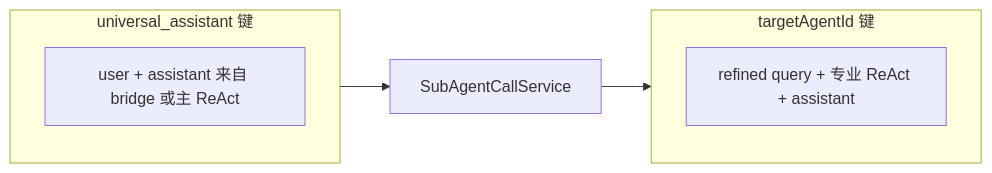
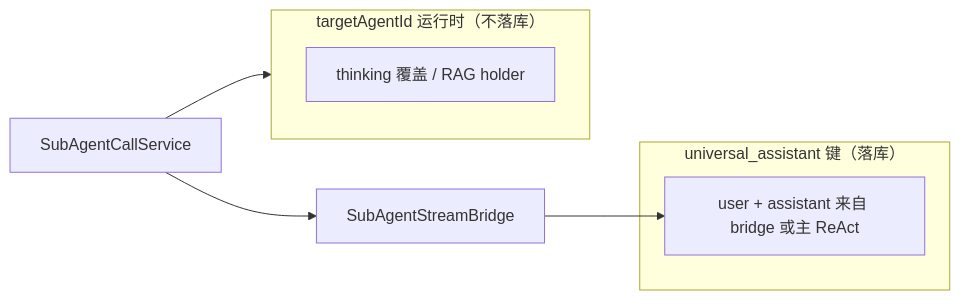
Before and after one commit to j2agent-ai/j2agent-docs: the third of 3 diagrams in 平台/通用助手/README.md, drawn with Mermaid. The commit also changed other lines of this file and 2 other files, not shown here.

Commit message:
feat(chat): 实现聊天回合取消功能支持
- 引入 ChatTurnCancellationRegistry 管理回合取消状态
- 在 AgentStreamSession 中添加取消检查和重试过滤逻辑
- 更新 ChatController 处理 WebSocket 关闭时的日志记录
- 修改 ChatService 实现回合取消和资源清理机制
- 添加 TurnCancelledException 异常类处理取消场景
- 在多个组件中集成取消状态检查防止无效操作
- 为 ChatTurnCancellationRegistry 编写单元测试确保功能正确性
- 更新 OrchestrationModelInterceptor 支持取消时抛出异常
- 增强 ReactCompatibleMessageChatMemoryAdvisor 跳过已取消回合的持久化
- 扩展 ToolEventEmitter 在取消时跳过事件发送
- 完善 UniversalAssistantOrchestratorHook 和 UniversalDispatchDecisionService 的取消处理逻辑

````diff
--- a/平台/通用助手/README.md
+++ b/平台/通用助手/README.md
@@ -78,11 +78,12 @@
 ```mermaid
 flowchart LR
-  subgraph universalMem ["universal_assistant 键"]
+  subgraph universalMem ["universal_assistant 键（落库）"]
     U[user + assistant 来自 bridge 或主 ReAct]
   end
-  subgraph specialistMem ["targetAgentId 键"]
-    S[refined query + 专业 ReAct + assistant]
+  subgraph specialistRuntime ["targetAgentId 运行时（不落库）"]
+    R[thinking 覆盖 / RAG holder]
   end
-  Call[SubAgentCallService] --> specialistMem
-  universalMem --> Call
+  Call[SubAgentCallService] --> specialistRuntime
+  Call --> Bridge[SubAgentStreamBridge]
+  Bridge --> U
 ```
````
